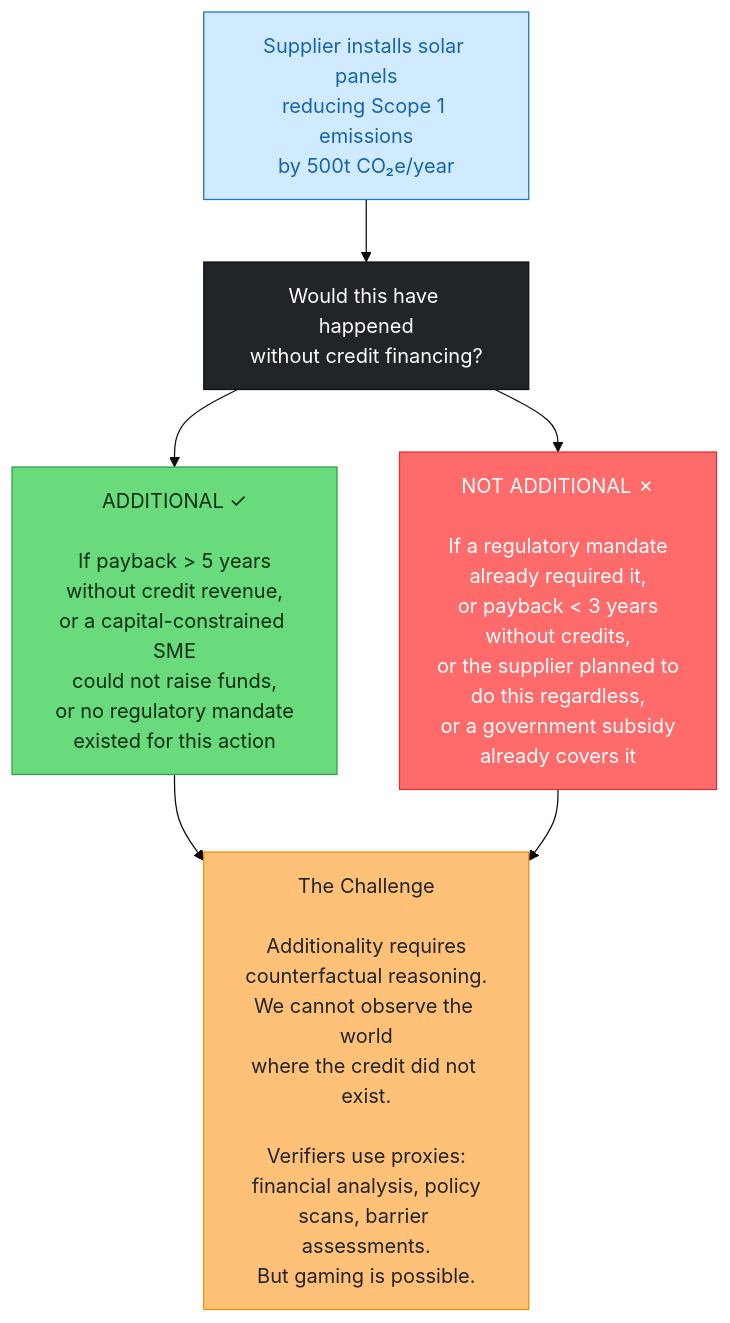
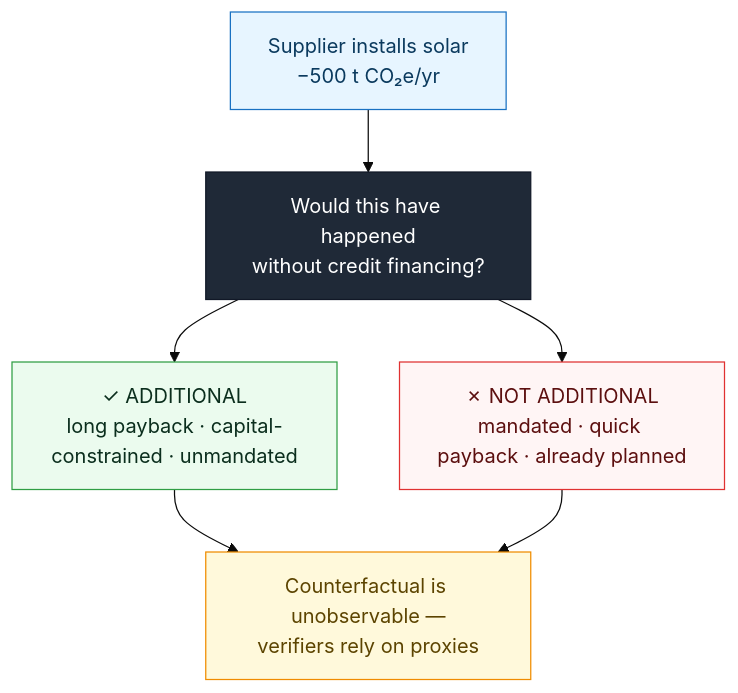
One commit to co3org/Scope3-Challenge changed the fifth of 9 diagrams in docs/04_abatement_challenges.md. Above: the diagram before and after it, drawn with Mermaid (base theme). The commit also changed other lines of this file and 11 other files, not shown here.

First line of the commit message:
Soft diagram palette and trim text-wall node labels

````diff
--- a/docs/04_abatement_challenges.md
+++ b/docs/04_abatement_challenges.md
@@ -203,26 +190,26 @@
 ```mermaid
 flowchart TD
-    classDef info fill:#d0ebff,stroke:#1971c2,color:#1864ab;
-    classDef dark fill:#212529,stroke:#101113,color:#fff;
-    classDef good fill:#69db7c,stroke:#2f9e44,color:#0b2e13;
-    classDef bad fill:#ff6b6b,stroke:#e03131,color:#fff;
-    classDef warn fill:#ffc078,stroke:#f08c00,color:#212529;
+    classDef info fill:#e7f5ff,stroke:#1971c2,color:#0b3a5e;
+    classDef dark fill:#1f2937,stroke:#111827,color:#fff;
+    classDef good fill:#ebfbee,stroke:#2f9e44,color:#0b2e1d;
+    classDef bad fill:#fff5f5,stroke:#e03131,color:#5c0f0f;
+    classDef warn fill:#fff9db,stroke:#f08c00,color:#5c4400;
 
-    Scenario["Supplier installs solar panels\nreducing Scope 1 emissions\nby 500t CO₂e/year"]
-    Q1["Would this have happened\nwithout credit financing?"]
-    Add["ADDITIONAL ✓\n\nIf payback > 5 years\nwithout credit revenue,\nor a capital-constrained SME\ncould not raise funds,\nor no regulatory mandate\nexisted for this action"]
-    NotAdd["NOT ADDITIONAL ✗\n\nIf a regulatory mandate\nalready required it,\nor payback < 3 years\nwithout credits,\nor the supplier planned to\ndo this regardless,\nor a government subsidy\nalready covers it"]
-    Challenge["The Challenge\n\nAdditionality requires\ncounterfactual reasoning.\nWe cannot observe the world\nwhere the credit did not exist.\n\nVerifiers use proxies:\nfinancial analysis, policy\nscans, barrier assessments.\nBut gaming is possible."]
+    Scenario["Supplier installs solar<br/>−500 t CO₂e/yr"]
+    Q1["Would this have happened<br/>without credit financing?"]
+    Add["✓ ADDITIONAL<br/>long payback · capital-constrained · unmandated"]
+    NotAdd["✗ NOT ADDITIONAL<br/>mandated · quick payback · already planned"]
+    Challenge["Counterfactual is unobservable —<br/>verifiers rely on proxies"]
 
     Scenario --> Q1
     Q1 --> Add
     Q1 --> NotAdd
     Add --> Challenge
     NotAdd --> Challenge
 
     class Scenario info;
     class Q1 dark;
     class Add good;
     class NotAdd bad;
     class Challenge warn;
 ```
````
